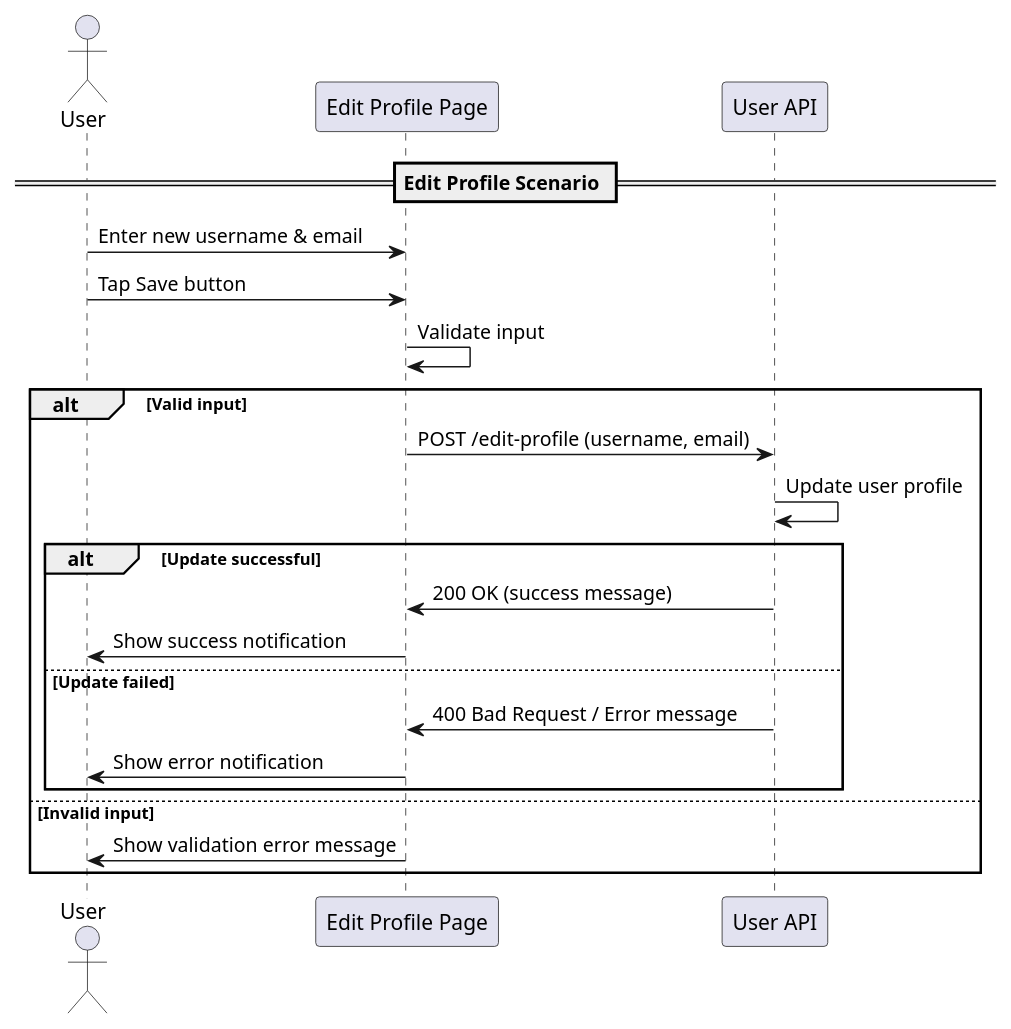
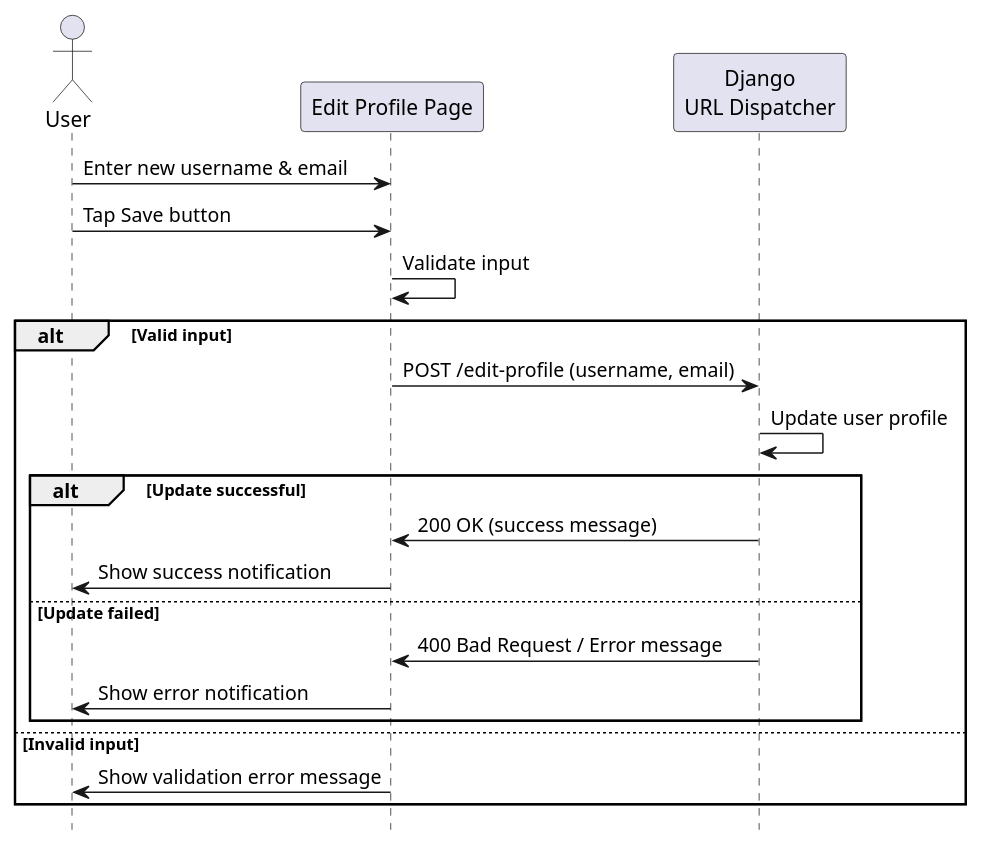
One commit to KMITL-BusBuddy/diagram changed the diagram in profile/edit_profile.puml. Above: the diagram before and after it, drawn with PlantUML. The commit also changed 4 other files, not shown here.

```diff
--- a/profile/edit_profile.puml
+++ b/profile/edit_profile.puml
@@ -1,25 +1,26 @@
-@startuml
+@startuml edit_profile
+
+hide footbox
 
 actor User
 participant "Edit Profile Page" as UI
-participant "User API" as API
+participant "Django\nURL Dispatcher" as API
 
-== Edit Profile Scenario ==
 User -> UI: Enter new username & email
 User -> UI: Tap Save button
 UI -> UI: Validate input
 alt Valid input
     UI -> API: POST /edit-profile (username, email)
     API -> API: Update user profile
     alt Update successful
         API -> UI: 200 OK (success message)
         UI -> User: Show success notification
     else Update failed
         API -> UI: 400 Bad Request / Error message
         UI -> User: Show error notification
     end
 else Invalid input
     UI -> User: Show validation error message
 end
 
 @enduml
```
